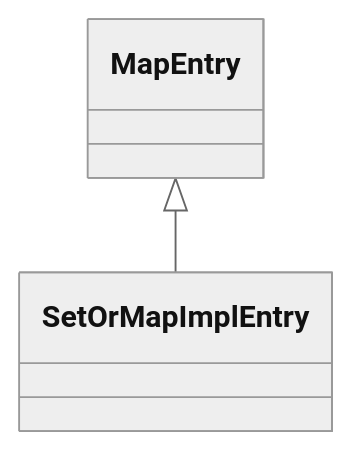
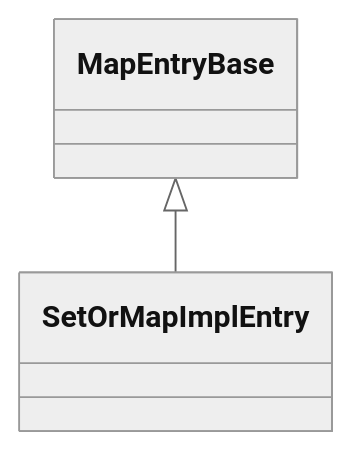
One commit to nasa/fprime changed the diagram in Fw/DataStructures/docs/SetOrMapImplEntry.md. Above: the diagram before and after it, drawn with Mermaid (neutral theme). The commit also changed other lines of this file and 8 other files, not shown here.

Commit message:
Rename MapEntry to MapEntryBase

````diff
--- a/Fw/DataStructures/docs/SetOrMapImplEntry.md
+++ b/Fw/DataStructures/docs/SetOrMapImplEntry.md
@@ -23,4 +23,4 @@
 ```mermaid
 classDiagram
-    MapEntry <|-- SetOrMapImplEntry
+    MapEntryBase <|-- SetOrMapImplEntry
 ```
````
